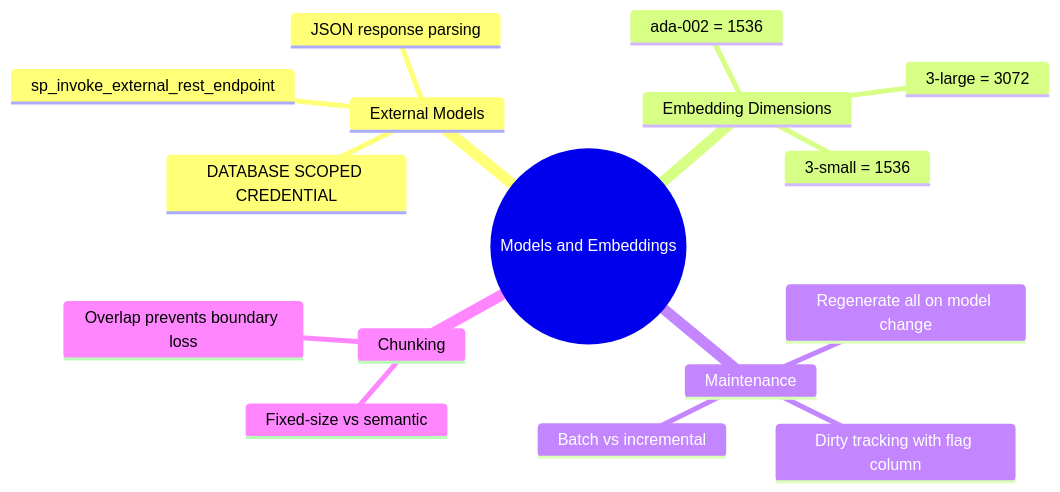
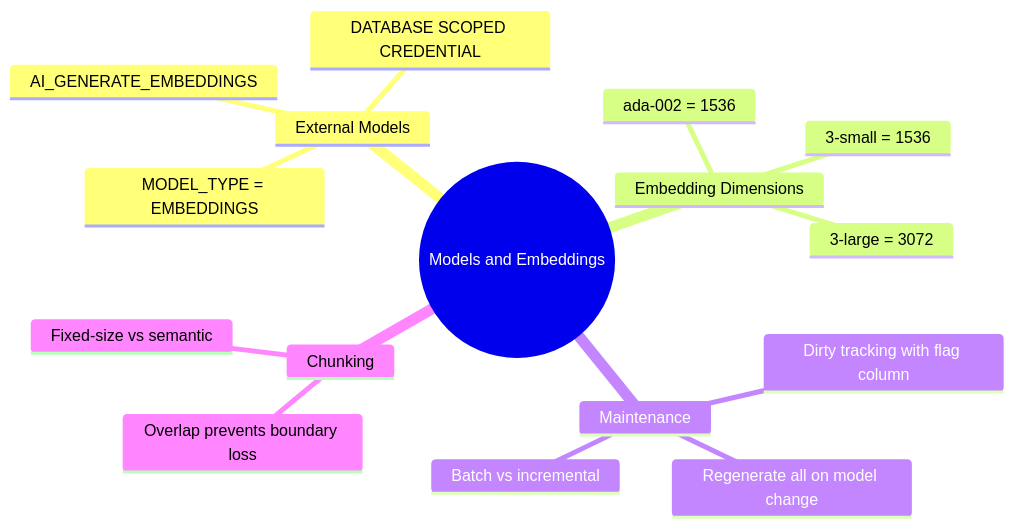
The first of 2 diagrams in certification/09-models-embeddings/models-embeddings.md (jucelinoss/dp-800-study-guide), drawn with Mermaid before and after one commit. The commit also changed other lines of this file and 12 other files, not shown here.

````diff
--- a/certification/09-models-embeddings/models-embeddings.md
+++ b/certification/09-models-embeddings/models-embeddings.md
@@ -21,19 +21,19 @@
 ```mermaid
 mindmap
   root((Models and Embeddings))
     External Models
-      sp_invoke_external_rest_endpoint
+      AI_GENERATE_EMBEDDINGS
       DATABASE SCOPED CREDENTIAL
-      JSON response parsing
+      MODEL_TYPE = EMBEDDINGS
     Embedding Dimensions
       ada-002 = 1536
       3-small = 1536
       3-large = 3072
     Maintenance
       Regenerate all on model change
       Dirty tracking with flag column
       Batch vs incremental
     Chunking
       Fixed-size vs semantic
       Overlap prevents boundary loss
 ```
````
